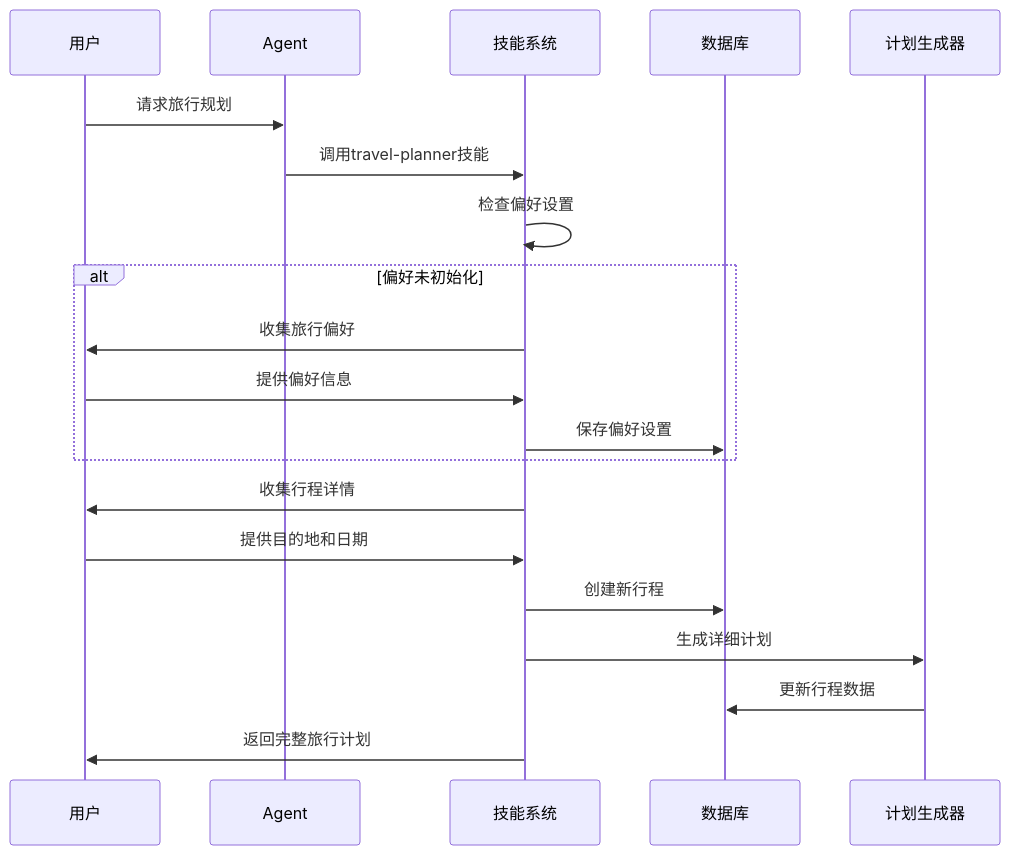
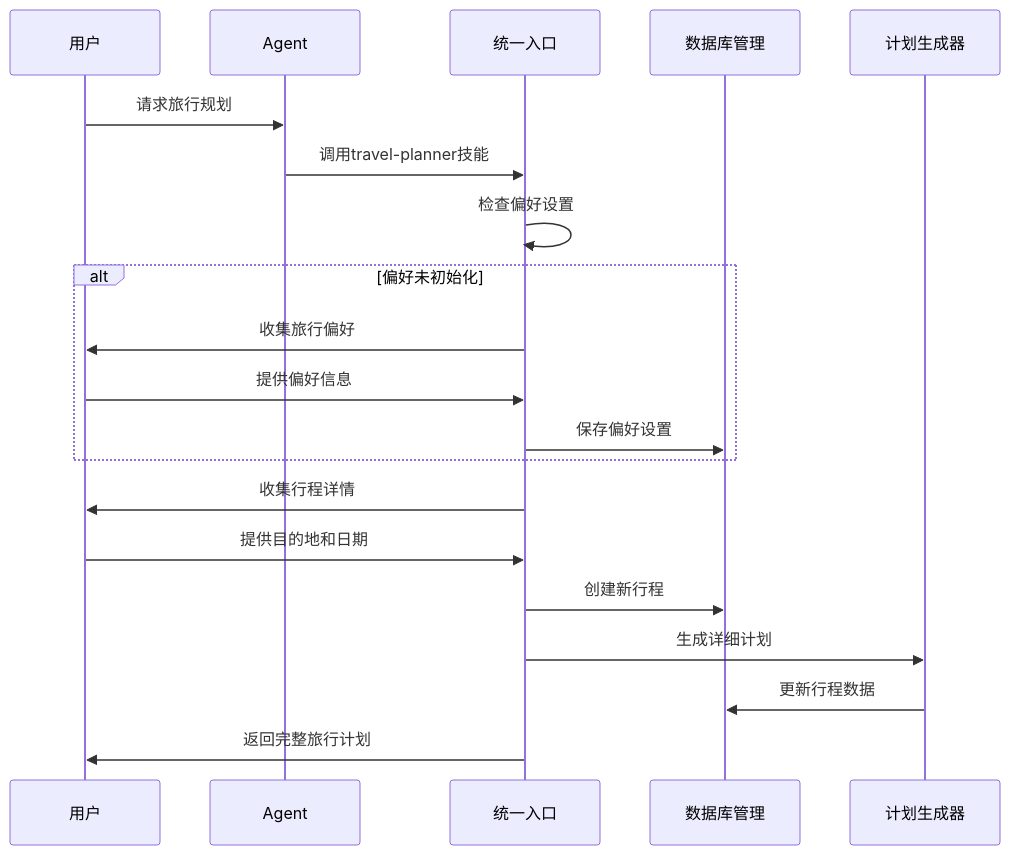
Before and after one commit to verse-ai-org/openclaw: the third of 8 diagrams in .qoder/repowiki/zh/content/技能平台/内置技能/旅行规划技能系统.md, drawn with Mermaid. The commit also changed other lines of this file and 23 other files, not shown here.

````diff
--- a/.qoder/repowiki/zh/content/技能平台/内置技能/旅行规划技能系统.md
+++ b/.qoder/repowiki/zh/content/技能平台/内置技能/旅行规划技能系统.md
@@ -182,22 +276,22 @@
 ```mermaid
 sequenceDiagram
 participant U as 用户
 participant A as Agent
-participant S as 技能系统
-participant D as 数据库
+participant S as 统一入口
+participant D as 数据库管理
 participant P as 计划生成器
 U->>A : 请求旅行规划
 A->>S : 调用travel-planner技能
 S->>S : 检查偏好设置
 alt 偏好未初始化
 S->>U : 收集旅行偏好
 U->>S : 提供偏好信息
 S->>D : 保存偏好设置
 end
 S->>U : 收集行程详情
 U->>S : 提供目的地和日期
 S->>D : 创建新行程
 S->>P : 生成详细计划
 P->>D : 更新行程数据
 S->>U : 返回完整旅行计划
 ```
````
